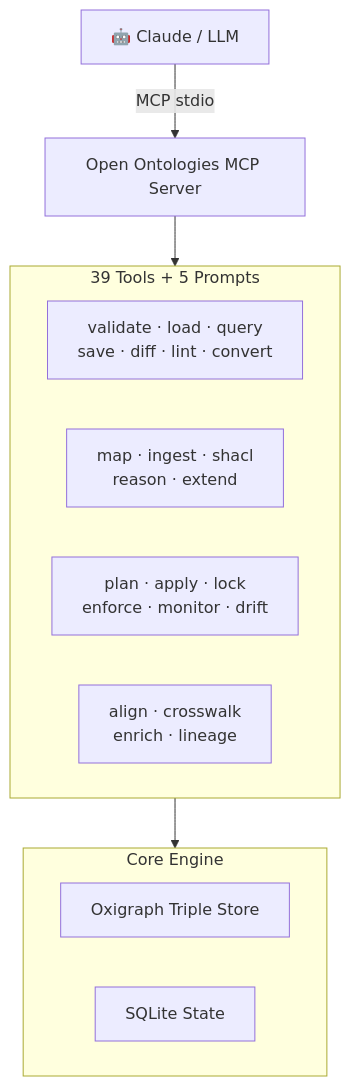
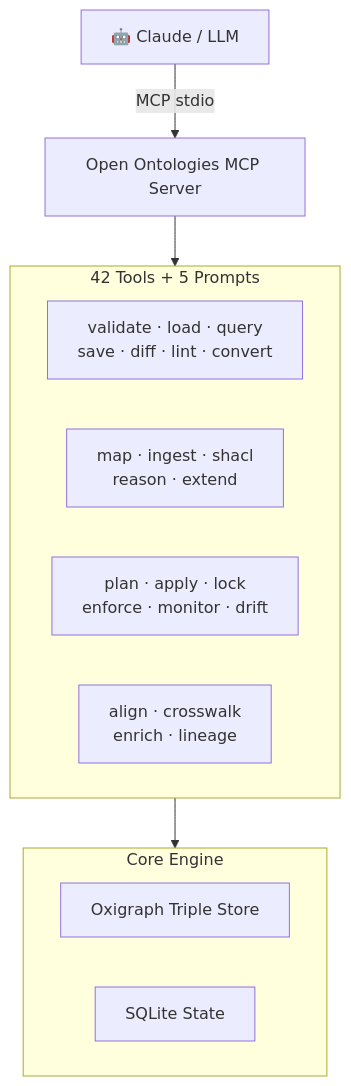
Before and after one commit to fabio-rovai/open-ontologies: the fourth of 4 diagrams in README.md, drawn with Mermaid. The commit also changed other lines of this file and 1 other file, not shown here.

Commit message:
docs: add embedding tools to workflow documentation

````diff
--- a/README.md
+++ b/README.md
@@ -518,22 +539,22 @@
 ```mermaid
 flowchart TD
     Claude["🤖 Claude / LLM"]
     MCP["Open Ontologies MCP Server"]
 
     subgraph Core["Core Engine"]
         GraphStore["Oxigraph Triple Store"]
         StateDb["SQLite State"]
     end
 
-    subgraph Tools["39 Tools + 5 Prompts"]
+    subgraph Tools["42 Tools + 5 Prompts"]
         direction LR
         Ontology["validate · load · query\nsave · diff · lint · convert"]
         Data["map · ingest · shacl\nreason · extend"]
         Lifecycle["plan · apply · lock\nenforce · monitor · drift"]
         Advanced["align · crosswalk\nenrich · lineage"]
     end
 
     Claude -->|"MCP stdio"| MCP
     MCP --> Tools
     Tools --> Core
 ```
````
